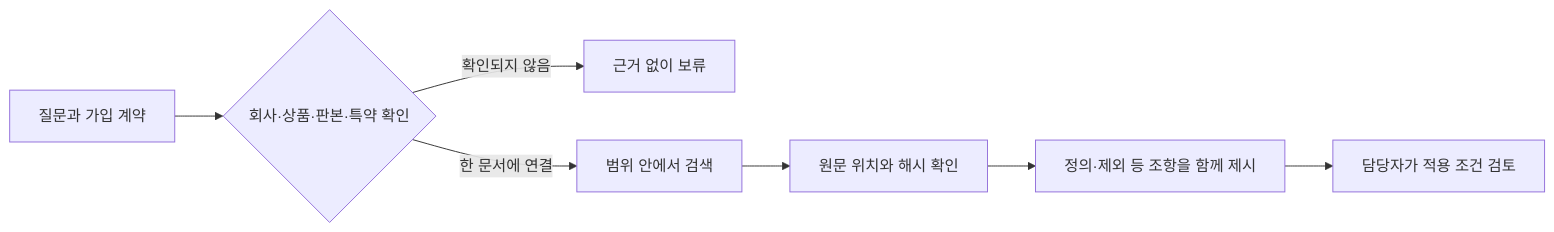
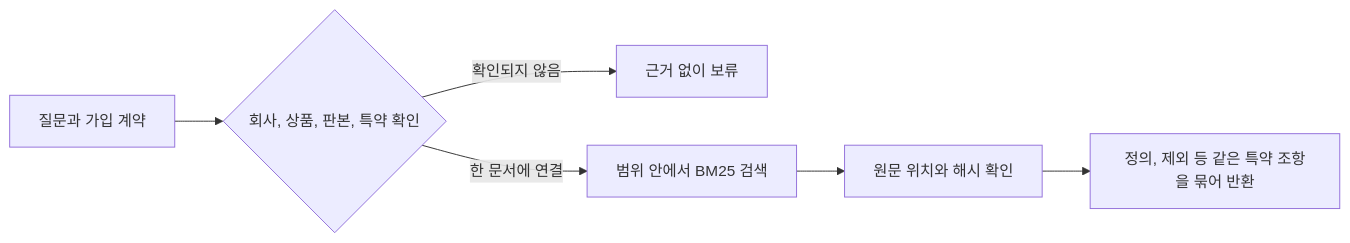
One commit to wpalswpa/foundshu-rag-evidence changed the second of 2 diagrams in README.md. Above: the diagram before and after it, drawn with Mermaid. The commit also changed other lines of this file and 11 other files, not shown here.

````diff
--- a/README.md
+++ b/README.md
@@ -56,9 +108,8 @@
 ```mermaid
 flowchart LR
-  A[질문과 가입 계약] --> B{회사·상품·판본·특약 확인}
-  B -->|확인되지 않음| C[근거 없이 보류]
-  B -->|한 문서에 연결| D[범위 안에서 검색]
-  D --> E[원문 위치와 해시 확인]
-  E --> F[정의·제외 등 조항을 함께 제시]
-  F --> G[담당자가 적용 조건 검토]
+  A["질문과 가입 계약"] --> B{"회사, 상품, 판본, 특약 확인"}
+  B -->|"확인되지 않음"| C["근거 없이 보류"]
+  B -->|"한 문서에 연결"| D["범위 안에서 BM25 검색"]
+  D --> E["원문 위치와 해시 확인"]
+  E --> F["정의, 제외 등 같은 특약 조항을 묶어 반환"]
 ```
````
